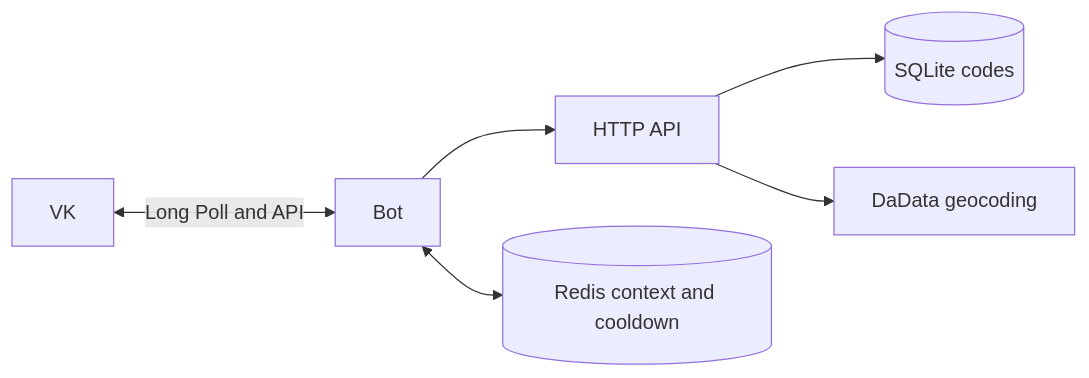
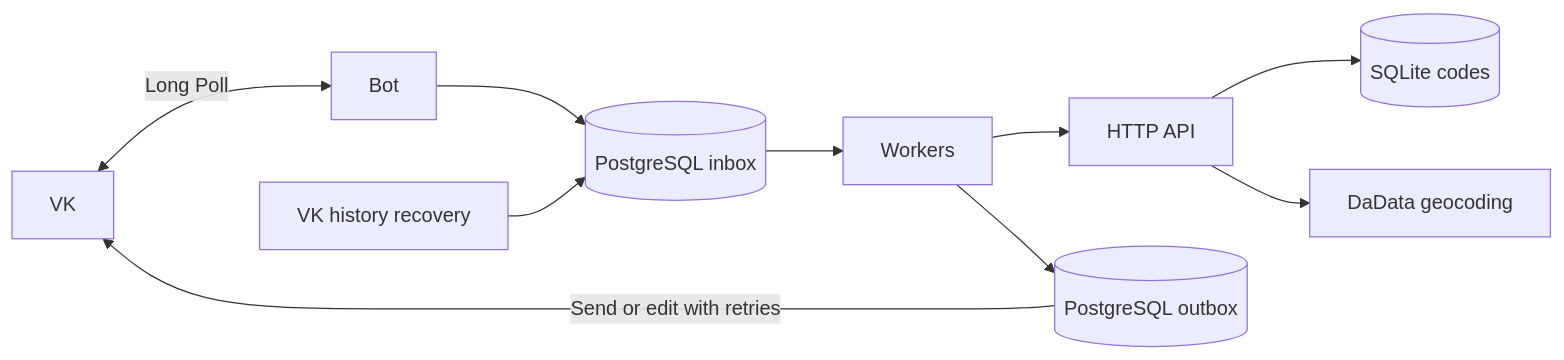
One commit to omkality/domofomka changed the first of 2 diagrams in README.md. Above: the diagram before and after it, drawn with Mermaid. The commit also changed other lines of this file and 18 other files, not shown here.

Commit message:
feat(vkbot): persist inbox and outbox with recovery and callback flood control

````diff
--- a/README.md
+++ b/README.md
@@ -8,8 +8,12 @@
 ```mermaid
 flowchart LR
-    VK[VK] <-->|Long Poll and API| B[Bot]
-    B --> A[HTTP API]
+    VK[VK] <-->|Long Poll| B[Bot]
+    B --> I[(PostgreSQL inbox)]
+    H[VK history recovery] --> I
+    I --> W[Workers]
+    W --> A[HTTP API]
     A --> DB[(SQLite codes)]
     A --> D[DaData geocoding]
-    B <--> R[(Redis context and cooldown)]
+    W --> O[(PostgreSQL outbox)]
+    O -->|Send or edit with retries| VK
 ```
````
